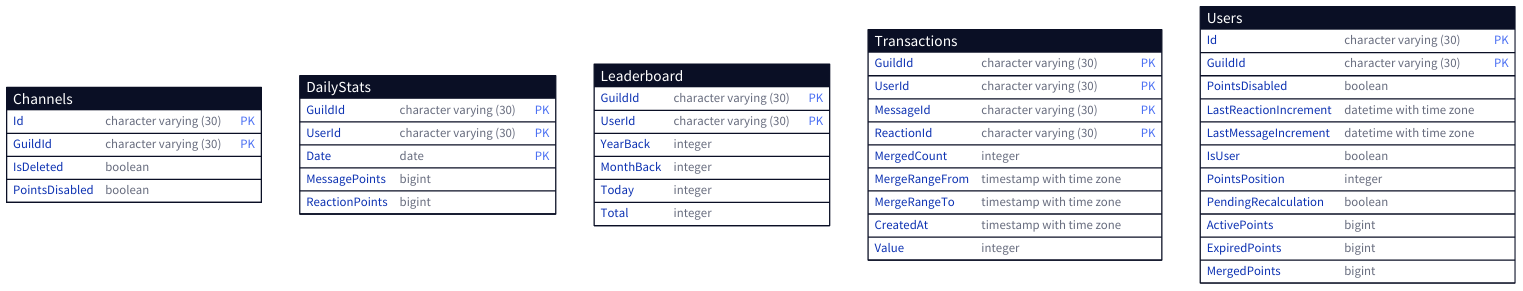
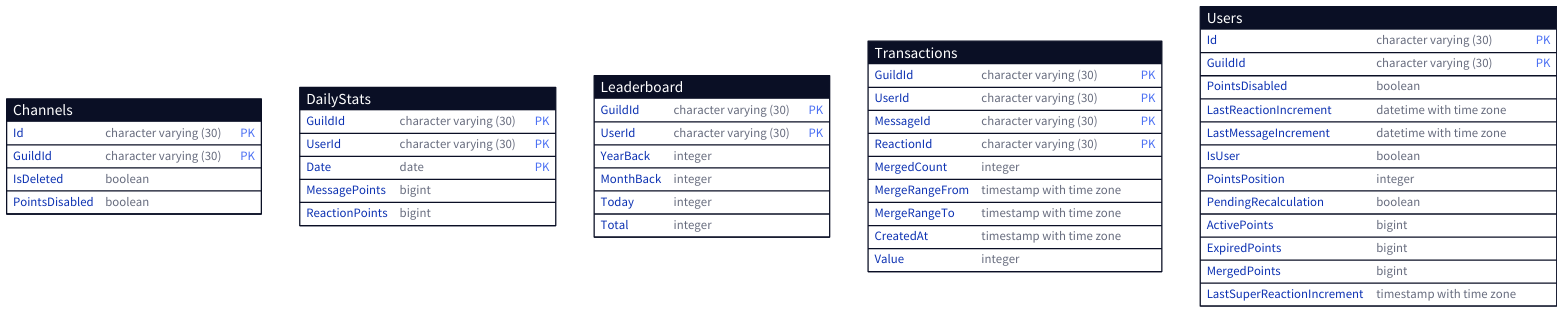
Before and after one commit to GrillBot/grillbot-docs: the diagram in data/database_points.d2, drawn with D2. The commit also changed 5 other files, not shown here.

```diff
--- a/data/database_points.d2
+++ b/data/database_points.d2
@@ -1,59 +1,60 @@
 Channels: {
   shape: sql_table
 
   Id: character varying (30) {constraint: primary_key}
   GuildId: character varying (30) {constraint: primary_key}
   IsDeleted: boolean
   PointsDisabled: boolean
 }
 
 DailyStats: {
   shape: sql_table
 
   GuildId: character varying (30) {constraint: primary_key}
   UserId: character varying (30) {constraint: primary_key}
   Date: date {constraint: primary_key}
   MessagePoints: bigint
   ReactionPoints: bigint
 }
 
 Leaderboard: {
   shape: sql_table
 
   GuildId: character varying (30) {constraint: primary_key}
   UserId: character varying (30) {constraint: primary_key}
   YearBack: integer
   MonthBack: integer
   Today: integer
   Total: integer
 }
 
 Transactions: {
   shape: sql_table
 
   GuildId: character varying (30) {constraint: primary_key}
   UserId: character varying (30) {constraint: primary_key}
   MessageId: character varying (30) {constraint: primary_key}
   ReactionId: character varying (30) {constraint: primary_key}
   MergedCount: integer
   MergeRangeFrom: timestamp with time zone
   MergeRangeTo: timestamp with time zone
   CreatedAt: timestamp with time zone
   Value: integer
 }
 
 Users: {
   shape: sql_table
 
   Id: character varying (30) {constraint: primary_key}
   GuildId: character varying (30) {constraint: primary_key}
   PointsDisabled: boolean
   LastReactionIncrement: datetime with time zone
   LastMessageIncrement: datetime with time zone
   IsUser: boolean
   PointsPosition: integer
   PendingRecalculation: boolean
   ActivePoints: bigint
   ExpiredPoints: bigint
   MergedPoints: bigint
+  LastSuperReactionIncrement: timestamp with time zone
 }
```
